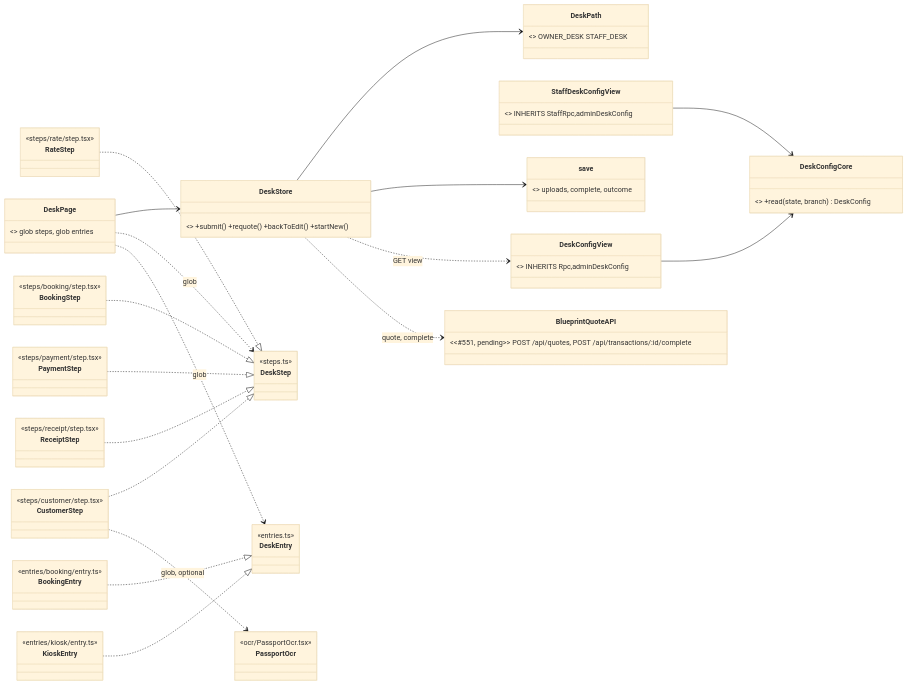
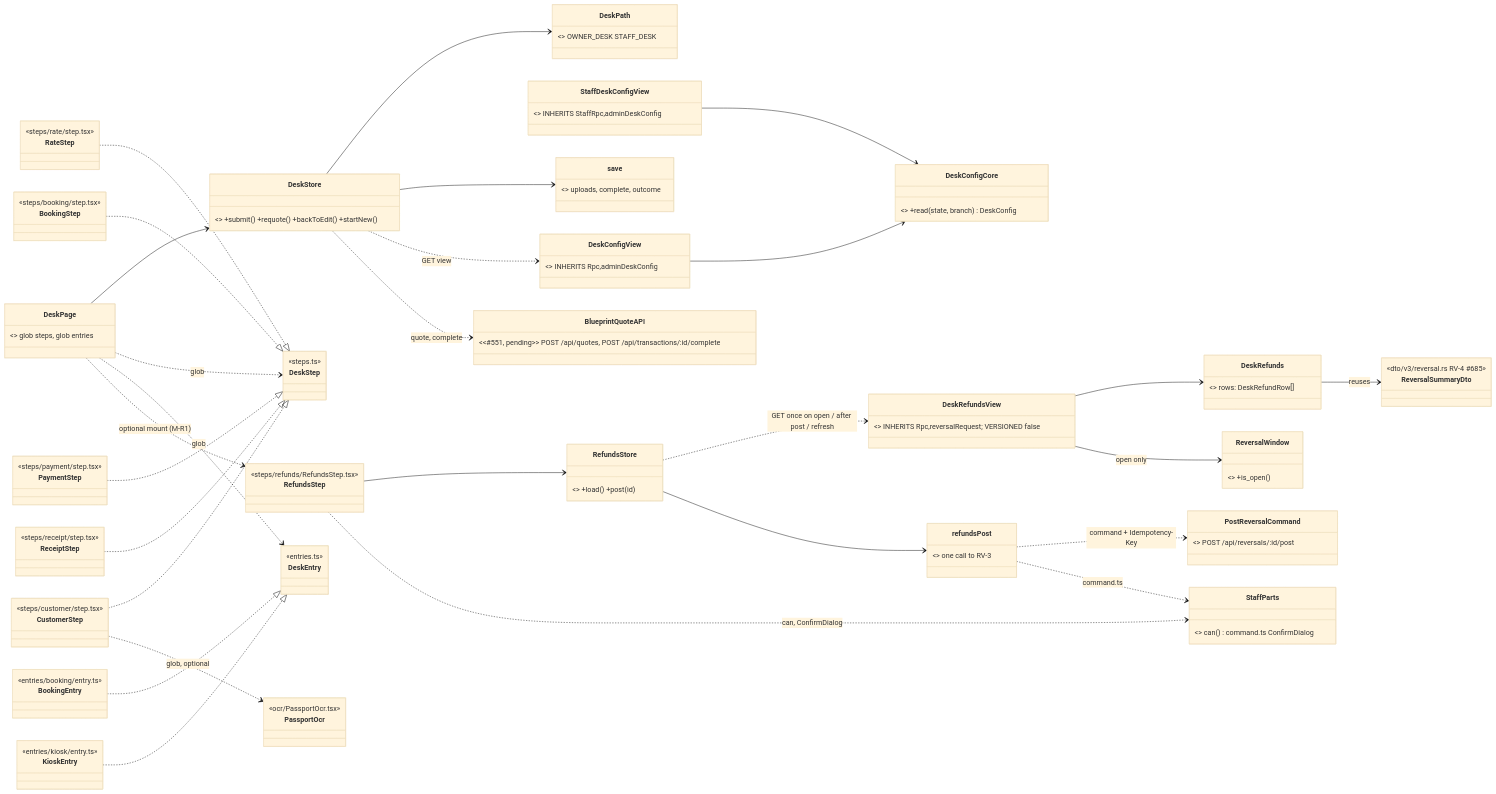
One commit to yuthstyle88/xchange-dev changed the diagram in docs/design/xchange-v3-wave3-desk.md. Above: the diagram before and after it, drawn with Mermaid (base theme). The commit also changed other lines of this file, not shown here.

First line of the commit message:
docs(design): desk B03 pending-refunds step (owner 2026-10-11) (#1263)

````diff
--- a/docs/design/xchange-v3-wave3-desk.md
+++ b/docs/design/xchange-v3-wave3-desk.md
@@ -455,40 +599,59 @@
 ```mermaid
 classDiagram
   direction LR
   class DeskConfigCore { <<desk/config.rs>> +read(state, branch) DeskConfig }
   class DeskConfigView { <<views/desk_config.rs>> INHERITS Rpc,adminDeskConfig }
   class StaffDeskConfigView { <<views/staff_desk_config.rs>> INHERITS StaffRpc,adminDeskConfig }
   class DeskPath { <<desk-path.ts>> OWNER_DESK STAFF_DESK }
   class DeskStore { <<desk-store.ts>> +submit() +requote() +backToEdit() +startNew() }
   class save { <<save.ts>> uploads, complete, outcome }
   class DeskPage { <<DeskPage.tsx>> glob steps, glob entries }
   class DeskStep { <<steps.ts>> }
   class DeskEntry { <<entries.ts>> }
   class RateStep { <<steps/rate/step.tsx>> }
   class CustomerStep { <<steps/customer/step.tsx>> }
   class PassportOcr { <<ocr/PassportOcr.tsx>> }
   class BookingStep { <<steps/booking/step.tsx>> }
   class PaymentStep { <<steps/payment/step.tsx>> }
   class ReceiptStep { <<steps/receipt/step.tsx>> }
   class BookingEntry { <<entries/booking/entry.ts>> }
   class KioskEntry { <<entries/kiosk/entry.ts>> }
 
   DeskConfigView --> DeskConfigCore
   StaffDeskConfigView --> DeskConfigCore
   DeskStore --> DeskPath
   DeskStore --> save
   DeskStore ..> DeskConfigView : GET view
   class BlueprintQuoteAPI { <<#551, pending>> POST /api/quotes, POST /api/transactions/:id/complete }
   DeskStore ..> BlueprintQuoteAPI : quote, complete
   DeskPage --> DeskStore
   DeskPage ..> DeskStep : glob
   DeskPage ..> DeskEntry : glob
   RateStep ..|> DeskStep
   CustomerStep ..|> DeskStep
   BookingStep ..|> DeskStep
   PaymentStep ..|> DeskStep
   ReceiptStep ..|> DeskStep
   CustomerStep ..> PassportOcr : glob, optional
   BookingEntry ..|> DeskEntry
   KioskEntry ..|> DeskEntry
+  class DeskRefundsView { <<views/desk_refunds.rs>> INHERITS Rpc,reversalRequest; VERSIONED false }
+  class DeskRefunds { <<dto/v3/desk_refunds.rs>> rows: DeskRefundRow[] }
+  class ReversalSummaryDto { <<dto/v3/reversal.rs  RV-4 #685>> }
+  class ReversalWindow { <<xc-exchange domain/reversal/window.rs  RV-1 #682>> +is_open() }
+  class PostReversalCommand { <<commands/exchange/reversal_post.rs  RV-3 #684>> POST /api/reversals/:id/post }
+  class RefundsStep { <<steps/refunds/RefundsStep.tsx>> }
+  class RefundsStore { <<steps/refunds/refunds-store.ts>> +load() +post(id) }
+  class refundsPost { <<steps/refunds/post.ts>> one call to RV-3 }
+  class StaffParts { <<screens/staff/parts/  S-3 #575>> can() command.ts ConfirmDialog }
+  DeskRefundsView --> DeskRefunds
+  DeskRefunds --> ReversalSummaryDto : reuses
+  DeskRefundsView --> ReversalWindow : open only
+  RefundsStep --> RefundsStore
+  RefundsStore ..> DeskRefundsView : GET once on open / after post / refresh
+  RefundsStore --> refundsPost
+  refundsPost ..> PostReversalCommand : command + Idempotency-Key
+  RefundsStep ..> StaffParts : can, ConfirmDialog
+  refundsPost ..> StaffParts : command.ts
+  DeskPage ..> RefundsStep : optional mount (M-R1)
 ```
````
